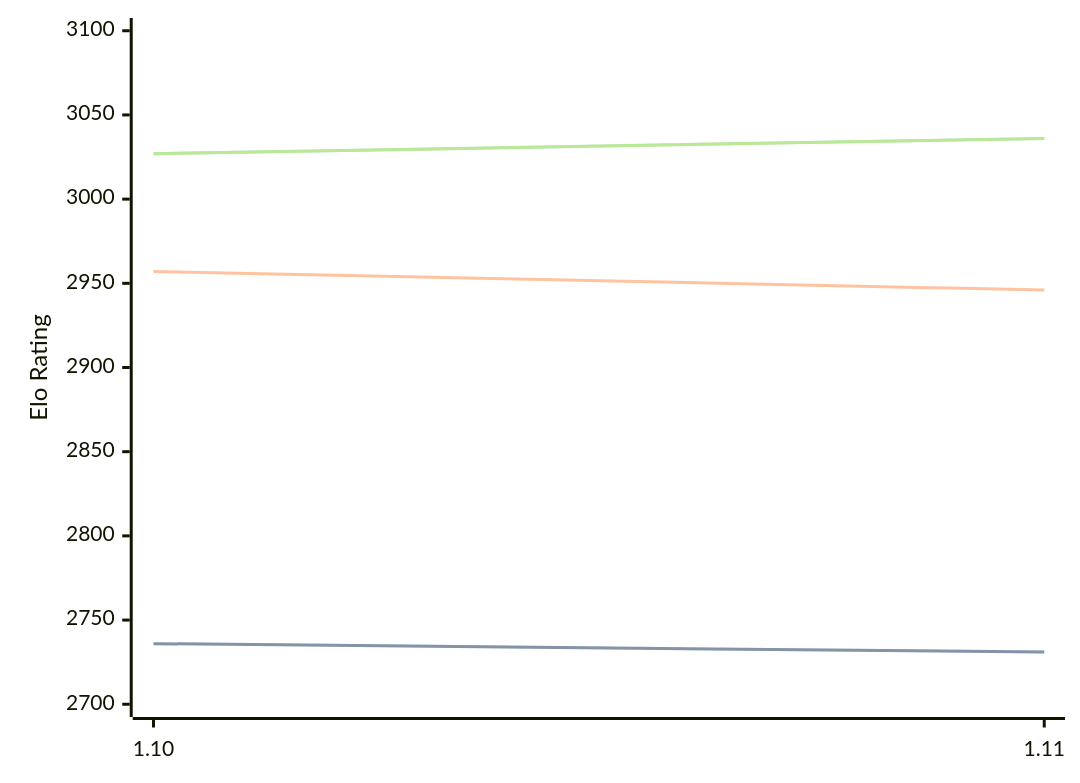
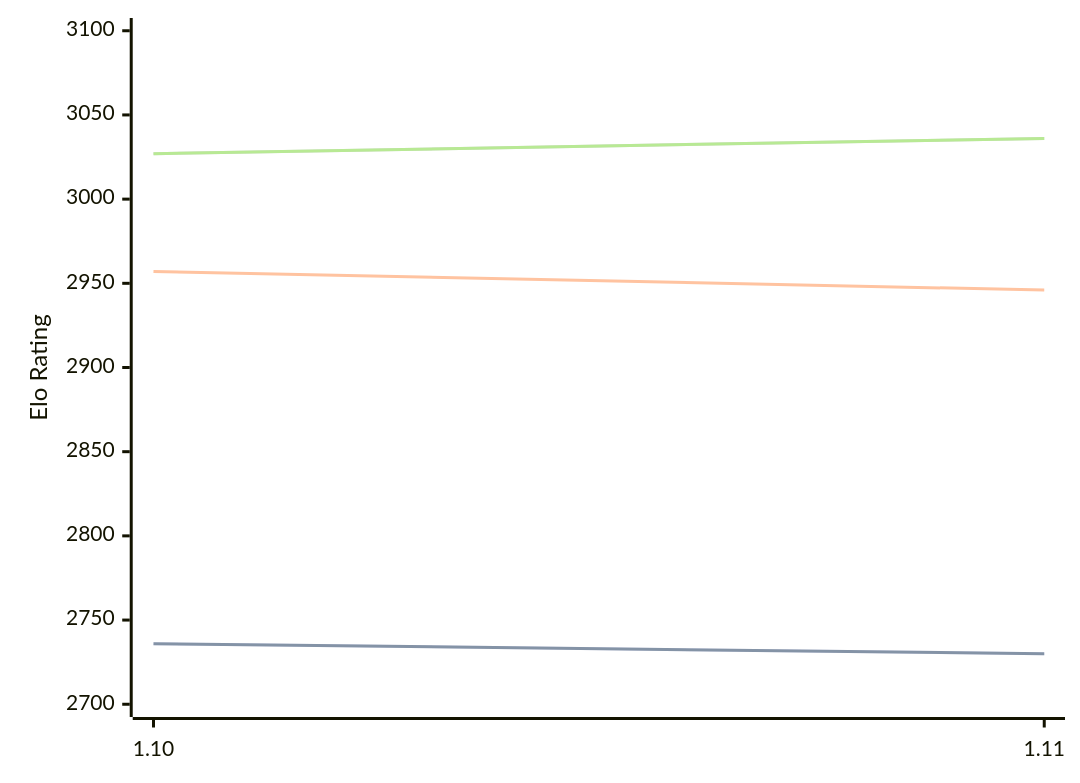
Before and after one commit to computer-chess-index/cci: the diagram in engines/Roc.md, drawn with Mermaid. The commit also changed other lines of this file, not shown here.

````diff
--- a/engines/Roc.md
+++ b/engines/Roc.md
@@ -42,11 +42,11 @@
 ```mermaid
 %%{init: {"theme":"base","themeVariables":{"seriesColors:['#a3a3a3','#222221','#faa371']}}}%%
 xychart-beta
   x-axis ["1.10", "1.11"]
   y-axis "Elo Rating" 2700 --> 3100
-  line "" [2736, 2731]
-  line "STC (8.0+0.08s)" [2736, 2731]
+  line "" [2736, 2730]
+  line "STC (8.0+0.08s)" [2736, 2730]
   line "LTC (60.0+0.60s)" [2957, 2946]
   line "" [3027, 3036]
   line "VLTC (2m24s+1.12s)" [3027, 3036]
 ```
````
